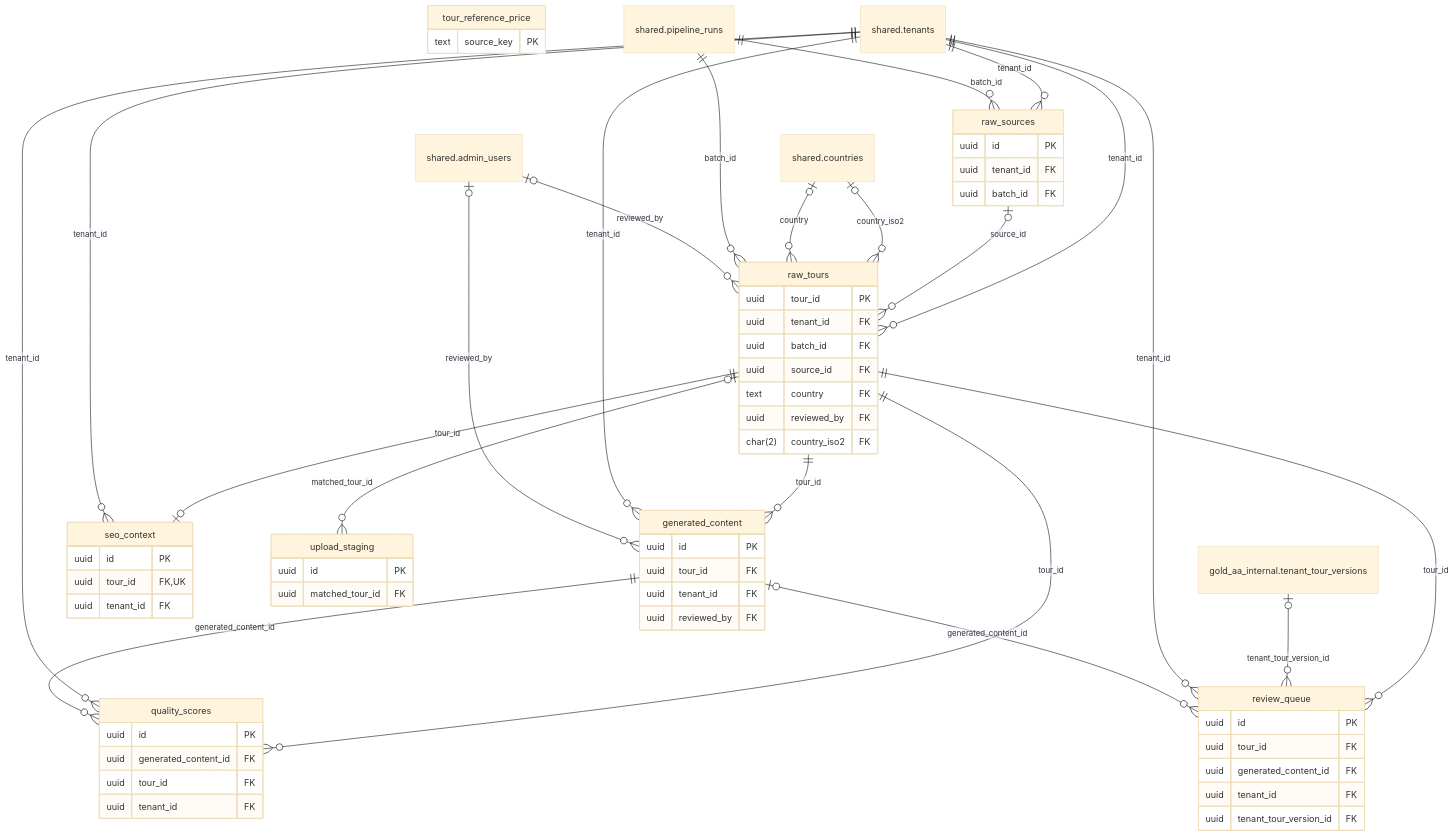
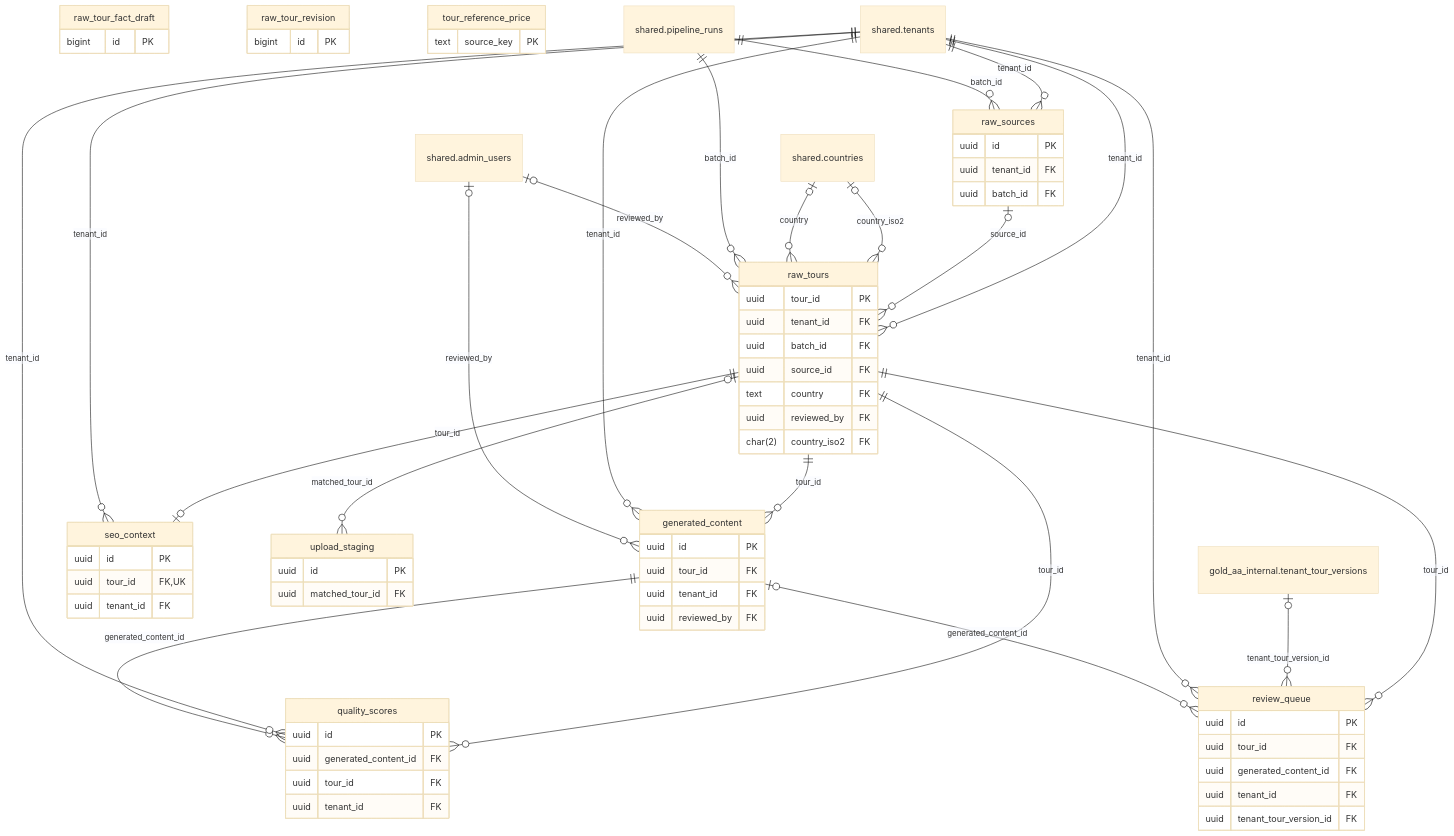
One commit to AdventureAsia365-Ecosys/AA-Ecosys changed the diagram in docs/architecture/erd/silver_aa_internal.md. Above: the diagram before and after it, drawn with Mermaid (base theme). The commit also changed other lines of this file and 11 other files, not shown here.

First line of the commit message:
docs: regenerate db-schema-reference.md and ERD (live dump) (#900)

````diff
--- a/docs/architecture/erd/silver_aa_internal.md
+++ b/docs/architecture/erd/silver_aa_internal.md
@@ -25,74 +25,80 @@
 ```mermaid
 erDiagram
     generated_content {
         uuid id PK
         uuid tour_id FK
         uuid tenant_id FK
         uuid reviewed_by FK
     }
     quality_scores {
         uuid id PK
         uuid generated_content_id FK
         uuid tour_id FK
         uuid tenant_id FK
     }
     raw_sources {
         uuid id PK
         uuid tenant_id FK
         uuid batch_id FK
+    }
+    raw_tour_fact_draft {
+        bigint id PK
+    }
+    raw_tour_revision {
+        bigint id PK
     }
     raw_tours {
         uuid tour_id PK
         uuid tenant_id FK
         uuid batch_id FK
         uuid source_id FK
         text country FK
         uuid reviewed_by FK
         char(2) country_iso2 FK
     }
     review_queue {
         uuid id PK
         uuid tour_id FK
         uuid generated_content_id FK
         uuid tenant_id FK
         uuid tenant_tour_version_id FK
     }
     seo_context {
         uuid id PK
         uuid tour_id FK, UK
         uuid tenant_id FK
     }
     tour_reference_price {
         text source_key PK
     }
     upload_staging {
         uuid id PK
         uuid matched_tour_id FK
     }
     "gold_aa_internal.tenant_tour_versions"
     "shared.admin_users"
     "shared.countries"
     "shared.pipeline_runs"
     "shared.tenants"
     "shared.admin_users" |o--o{ generated_content : "reviewed_by"
     "shared.tenants" ||--o{ generated_content : "tenant_id"
     raw_tours ||--o{ generated_content : "tour_id"
     generated_content ||--o{ quality_scores : "generated_content_id"
     "shared.tenants" ||--o{ quality_scores : "tenant_id"
     raw_tours ||--o{ quality_scores : "tour_id"
     "shared.pipeline_runs" ||--o{ raw_sources : "batch_id"
     "shared.tenants" ||--o{ raw_sources : "tenant_id"
     "shared.admin_users" |o--o{ raw_tours : "reviewed_by"
     "shared.pipeline_runs" ||--o{ raw_tours : "batch_id"
     "shared.countries" |o--o{ raw_tours : "country"
     "shared.countries" |o--o{ raw_tours : "country_iso2"
     raw_sources |o--o{ raw_tours : "source_id"
     "shared.tenants" ||--o{ raw_tours : "tenant_id"
     generated_content |o--o{ review_queue : "generated_content_id"
     "shared.tenants" ||--o{ review_queue : "tenant_id"
     "gold_aa_internal.tenant_tour_versions" |o--o{ review_queue : "tenant_tour_version_id"
     raw_tours ||--o{ review_queue : "tour_id"
     "shared.tenants" ||--o{ seo_context : "tenant_id"
     raw_tours ||--o| seo_context : "tour_id"
     raw_tours |o--o{ upload_staging : "matched_tour_id"
 ```
````
